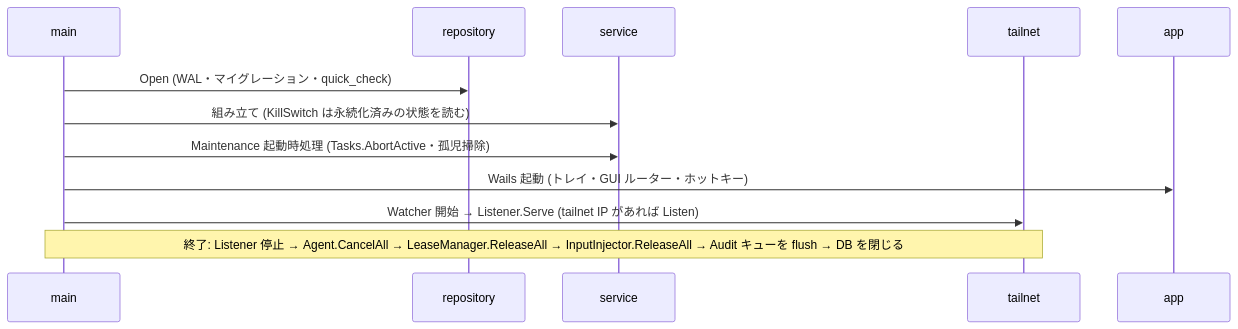
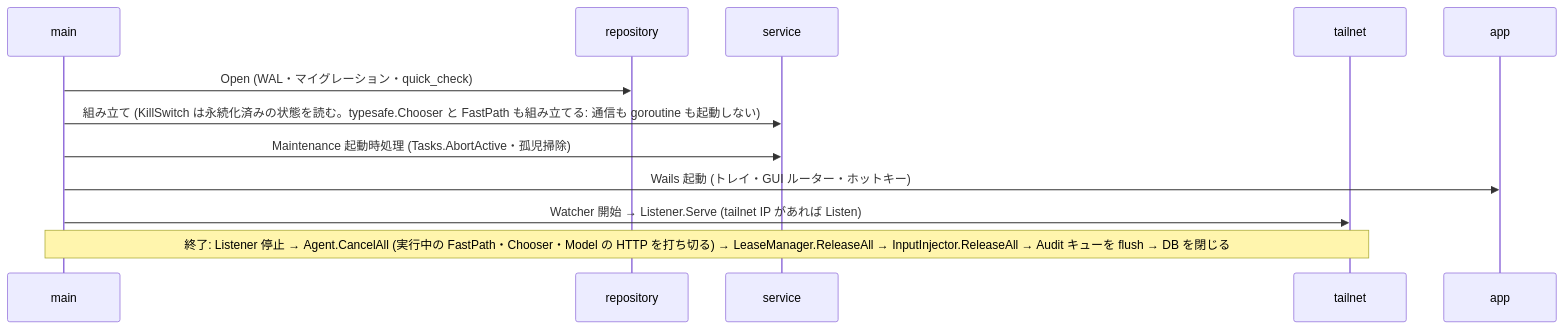
Before and after one commit to ousiassllc/puppet-remo: the third of 3 diagrams in docs/components/overview.md, drawn with Mermaid. The commit also changed other lines of this file and 7 other files, not shown here.

````diff
--- a/docs/components/overview.md
+++ b/docs/components/overview.md
@@ -554,14 +755,14 @@
 ```mermaid
 sequenceDiagram
     participant M as main
     participant R as repository
     participant S as service
     participant T as tailnet
     participant A as app
     M->>R: Open (WAL・マイグレーション・quick_check)
-    M->>S: 組み立て (KillSwitch は永続化済みの状態を読む)
+    M->>S: 組み立て (KillSwitch は永続化済みの状態を読む。typesafe.Chooser と FastPath も組み立てる: 通信も goroutine も起動しない)
     M->>S: Maintenance 起動時処理 (Tasks.AbortActive・孤児掃除)
     M->>A: Wails 起動 (トレイ・GUI ルーター・ホットキー)
     M->>T: Watcher 開始 → Listener.Serve (tailnet IP があれば Listen)
-    Note over M,T: 終了: Listener 停止 → Agent.CancelAll → LeaseManager.ReleaseAll → InputInjector.ReleaseAll → Audit キューを flush → DB を閉じる
+    Note over M,T: 終了: Listener 停止 → Agent.CancelAll (実行中の FastPath・Chooser・Model の HTTP を打ち切る) → LeaseManager.ReleaseAll → InputInjector.ReleaseAll → Audit キューを flush → DB を閉じる
 ```
````
